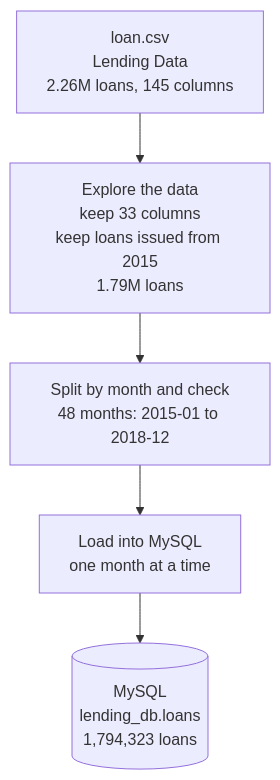
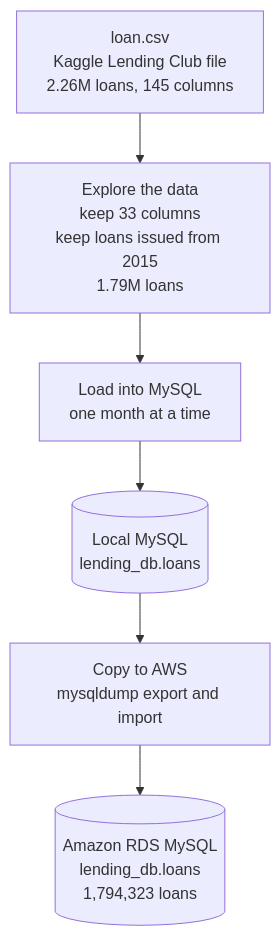
Before and after one commit to ajaychandra-arekal/data_engineering_lending_pipeline: the diagram in 00_source_setup/README.md, drawn with Mermaid. The commit also changed other lines of this file and 3 other files, not shown here.

````diff
--- a/00_source_setup/README.md
+++ b/00_source_setup/README.md
@@ -11,7 +12,8 @@
 ```mermaid
 flowchart TD
-    A["loan.csv<br/>Lending Data<br/>2.26M loans, 145 columns"] --> B["Explore the data<br/>keep 33 columns<br/>keep loans issued from 2015<br/>1.79M loans"]
-    B --> C["Split by month and check<br/>48 months: 2015-01 to 2018-12"]
-    C --> D["Load into MySQL<br/>one month at a time"]
-    D --> E[("MySQL<br/>lending_db.loans<br/>1,794,323 loans")]
+    A["loan.csv<br/>Kaggle Lending Club file<br/>2.26M loans, 145 columns"] --> B["Explore the data<br/>keep 33 columns<br/>keep loans issued from 2015<br/>1.79M loans"]
+    B --> C["Load into MySQL<br/>one month at a time"]
+    C --> D[("Local MySQL<br/>lending_db.loans")]
+    D --> E["Copy to AWS<br/>mysqldump export and import"]
+    E --> F[("Amazon RDS MySQL<br/>lending_db.loans<br/>1,794,323 loans")]
 ```
````
